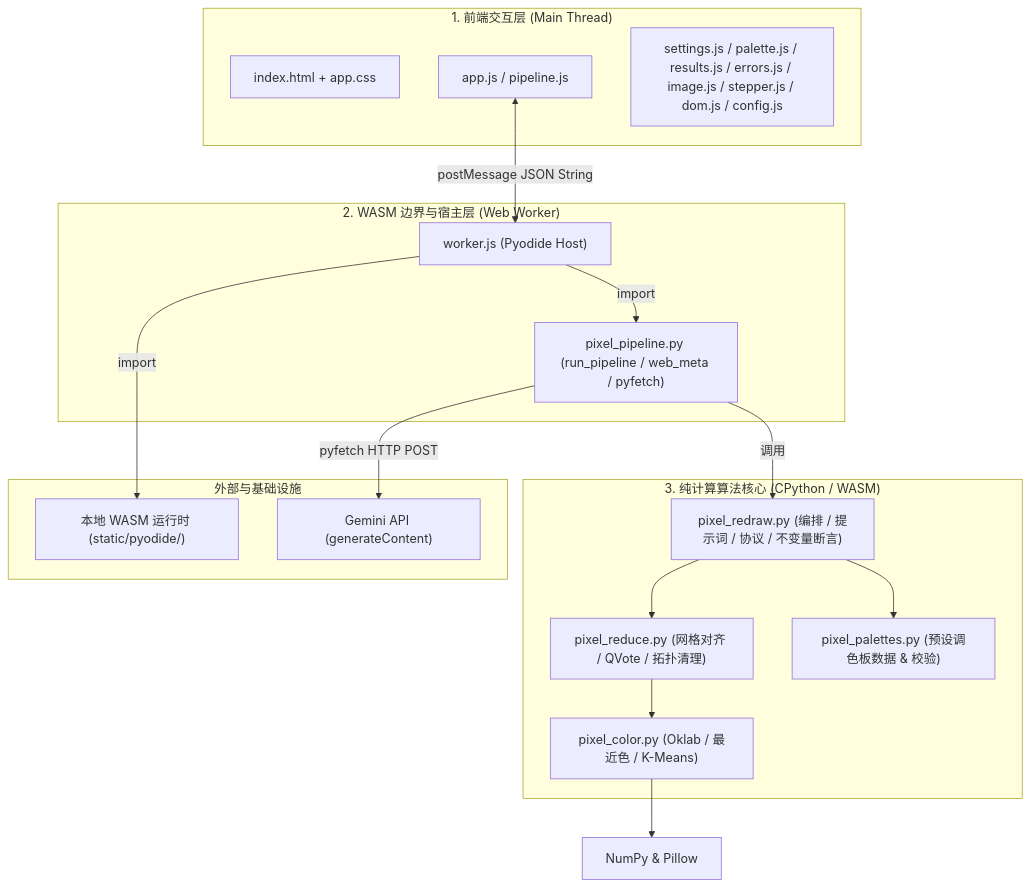
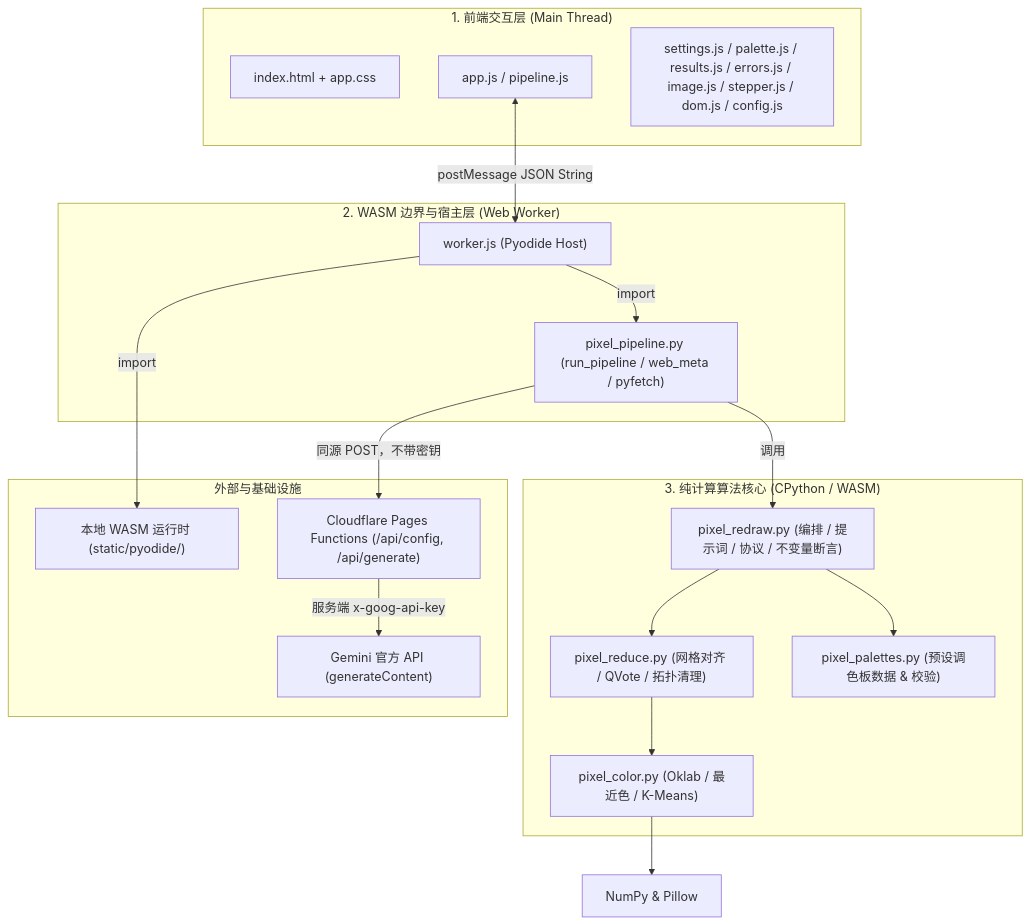
Before and after one commit to isolamenter/pixel-redraw: the diagram in ARCHITECTURE.md, drawn with Mermaid. The commit also changed other lines of this file and 23 other files, not shown here.

Commit message:
feat: proxy Gemini requests through Cloudflare Pages

````diff
--- a/ARCHITECTURE.md
+++ b/ARCHITECTURE.md
@@ -11,35 +11,37 @@
 ```mermaid
 flowchart TD
     subgraph UI ["1. 前端交互层 (Main Thread)"]
         HTML["index.html + app.css"]
         App["app.js / pipeline.js"]
         UI_Modules["settings.js / palette.js / results.js / errors.js / image.js / stepper.js / dom.js / config.js"]
     end
 
     subgraph Bridge ["2. WASM 边界与宿主层 (Web Worker)"]
         Worker["worker.js (Pyodide Host)"]
         PyPipeline["pixel_pipeline.py (run_pipeline / web_meta / pyfetch)"]
     end
 
     subgraph Core ["3. 纯计算算法核心 (CPython / WASM)"]
         Redraw["pixel_redraw.py (编排 / 提示词 / 协议 / 不变量断言)"]
         Reduce["pixel_reduce.py (网格对齐 / QVote / 拓扑清理)"]
         Color["pixel_color.py (Oklab / 最近色 / K-Means)"]
         Palettes["pixel_palettes.py (预设调色板数据 & 校验)"]
     end
 
     subgraph External ["外部与基础设施"]
-        GeminiAPI["Gemini API (generateContent)"]
+        PagesAPI["Cloudflare Pages Functions (/api/config, /api/generate)"]
+        GeminiAPI["Gemini 官方 API (generateContent)"]
         LocalPyodide["本地 WASM 运行时 (static/pyodide/)"]
     end
 
     App <-->|postMessage JSON String| Worker
     Worker -->|import| LocalPyodide
     Worker -->|import| PyPipeline
-    PyPipeline -->|pyfetch HTTP POST| GeminiAPI
+    PyPipeline -->|同源 POST，不带密钥| PagesAPI
+    PagesAPI -->|服务端 x-goog-api-key| GeminiAPI
     PyPipeline -->|调用| Redraw
     Redraw --> Reduce
     Redraw --> Palettes
     Reduce --> Color
     Color --> numpy["NumPy & Pillow"]
 ```
````
